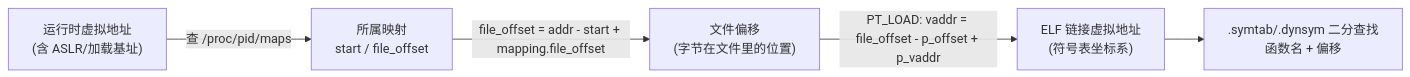
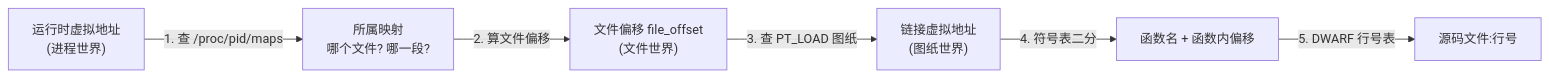
Before and after one commit to Franch-Toast/Scriptorium: the fifth of 5 diagrams in docs/document/正典阁/技术栈/操作系统/函数调用与栈回溯：从栈帧到 FP、DWARF 与 eBPF.md, drawn with Mermaid. The commit also changed other lines of this file and 1 other file, not shown here.

First line of the commit message:
docs(操作系统): 将符号化背景拆分为独立文档《ELF 与符号化》

````diff
--- a/docs/document/正典阁/技术栈/操作系统/函数调用与栈回溯：从栈帧到 FP、DWARF 与 eBPF.md
+++ b/docs/document/正典阁/技术栈/操作系统/函数调用与栈回溯：从栈帧到 FP、DWARF 与 eBPF.md
@@ -1095,7 +975,8 @@
 ```mermaid
 flowchart LR
-    A["运行时虚拟地址<br/>(含 ASLR/加载基址)"] -->|"查 /proc/pid/maps"| B["所属映射<br/>start / file_offset"]
-    B -->|"file_offset = addr - start + mapping.file_offset"| C["文件偏移<br/>(字节在文件里的位置)"]
-    C -->|"PT_LOAD: vaddr = file_offset - p_offset + p_vaddr"| D["ELF 链接虚拟地址<br/>(符号表坐标系)"]
-    D --> E[".symtab/.dynsym 二分查找<br/>函数名 + 偏移"]
+    A["运行时虚拟地址<br/>(进程世界)"] -->|"1. 查 /proc/pid/maps"| B["所属映射<br/>哪个文件? 哪一段?"]
+    B -->|"2. 算文件偏移"| C["文件偏移 file_offset<br/>(文件世界)"]
+    C -->|"3. 查 PT_LOAD 图纸"| D["链接虚拟地址<br/>(图纸世界)"]
+    D -->|"4. 符号表二分"| E["函数名 + 函数内偏移"]
+    E -->|"5. DWARF 行号表"| F["源码文件:行号"]
 ```
````
